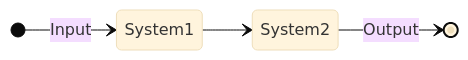
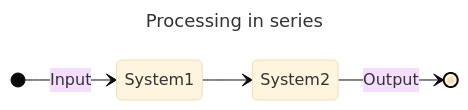
The third of 6 diagrams in signal-processing/kutz/5/README.md (setrar/dsp), drawn with Mermaid (base theme) before and after one commit.

````diff
--- a/signal-processing/kutz/5/README.md
+++ b/signal-processing/kutz/5/README.md
@@ -53,10 +53,10 @@
 ```mermaid
 ---
-Title: Processing in series
+title: Processing in series
 ---
 stateDiagram-v2
     direction LR
     [*] --> System1 : Input
     System1 --> System2
     System2 --> [*] : Output
 ```
````
